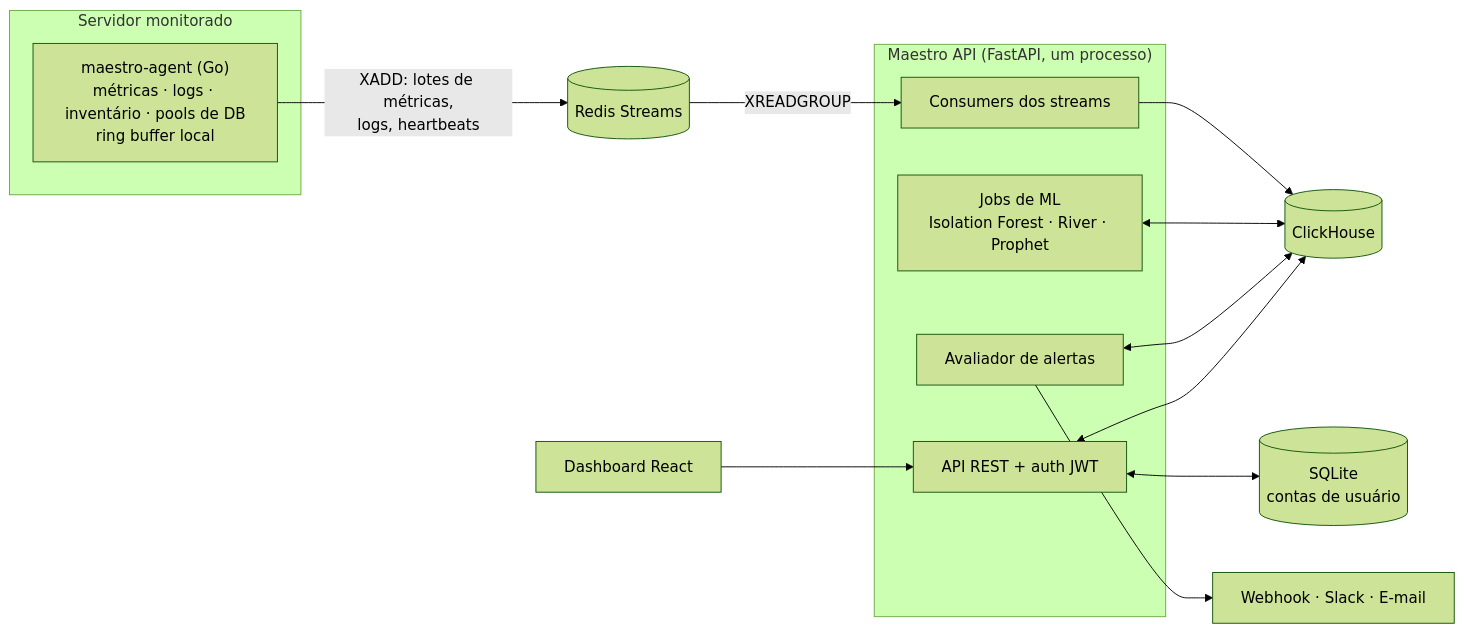
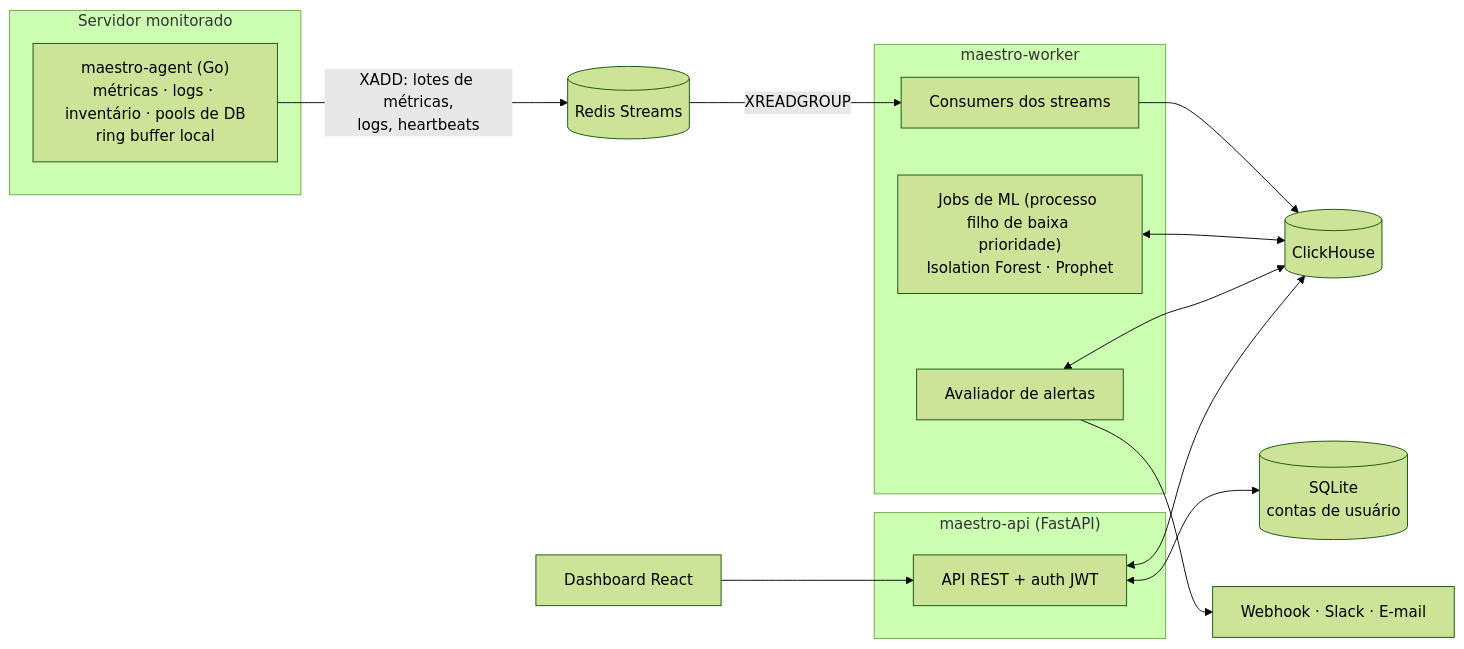
One commit to yuriPeixoto/maestro changed the diagram in README.pt-BR.md. Above: the diagram before and after it, drawn with Mermaid (forest theme). The commit also changed other lines of this file and 23 other files, not shown here.

First line of the commit message:
feat: separate worker process, ML in a low-priority child process, River removed (#106)

````diff
--- a/README.pt-BR.md
+++ b/README.pt-BR.md
@@ -26,24 +26,27 @@
 ```mermaid
 flowchart LR
     subgraph host["Servidor monitorado"]
         agent["maestro-agent (Go)<br/>métricas · logs · inventário · pools de DB<br/>ring buffer local"]
     end
 
     agent -- "XADD: lotes de métricas,<br/>logs, heartbeats" --> redis[("Redis Streams")]
 
-    subgraph api["Maestro API (FastAPI, um processo)"]
+    subgraph worker["maestro-worker"]
         consumers["Consumers dos streams"]
         evaluator["Avaliador de alertas"]
-        ml["Jobs de ML<br/>Isolation Forest · River · Prophet"]
+        ml["Jobs de ML (processo filho de baixa prioridade)<br/>Isolation Forest · Prophet"]
+    end
+
+    subgraph api["maestro-api (FastAPI)"]
         rest["API REST + auth JWT"]
     end
 
     redis -- "XREADGROUP" --> consumers
     consumers --> ch[("ClickHouse")]
     ml <--> ch
     evaluator <--> ch
     rest <--> ch
     rest <--> sqlite[("SQLite<br/>contas de usuário")]
     evaluator --> channels["Webhook · Slack · E-mail"]
     ui["Dashboard React"] --> rest
 ```
````
